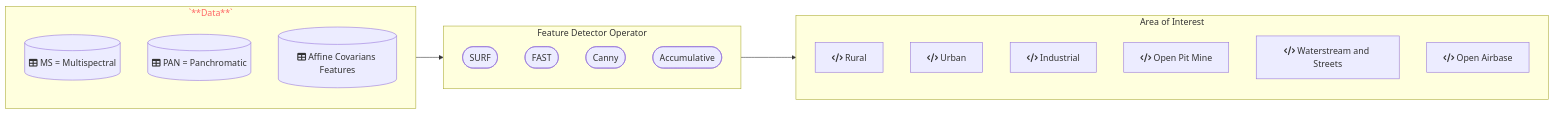
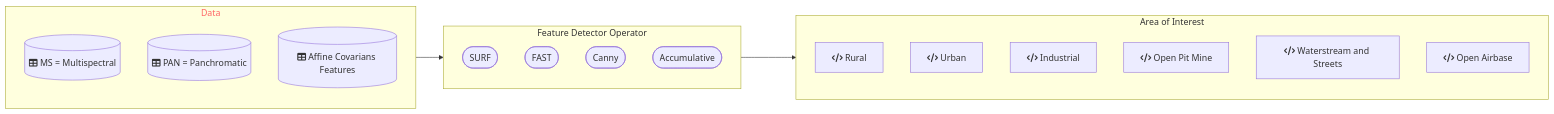
Before and after one commit to DippoldEJ/Feature-Detection-and-Explanation: the diagram in Application/README.md, drawn with Mermaid.

````diff
--- a/Application/README.md
+++ b/Application/README.md
@@ -13,31 +13,31 @@
 ```mermaid
 flowchart LR;
 
- subgraph n["ˋ**Data**ˋ"]
+ subgraph n[Data]
         g[(fa:fa-table MS = Multispectral)]
         h[(fa:fa-table PAN = Panchromatic)]
         i[(fa:fa-table Affine Covarians Features)]
     end
 
  subgraph o[Feature Detector Operator]
         j([SURF])
         k([FAST])
         l([Canny])
         m([Accumulative])
     end
 
 subgraph p[Area of Interest]
     a[fa:fa-code Rural]
     b[fa:fa-code Urban]
     c[fa:fa-code Industrial]
     d[fa:fa-code Open Pit Mine]
     e[fa:fa-code Waterstream and Streets]
     f[fa:fa-code Open Airbase]
     end
 
 style n color:#f66
 
 n-->o
 o-->p
 
 ```
````
